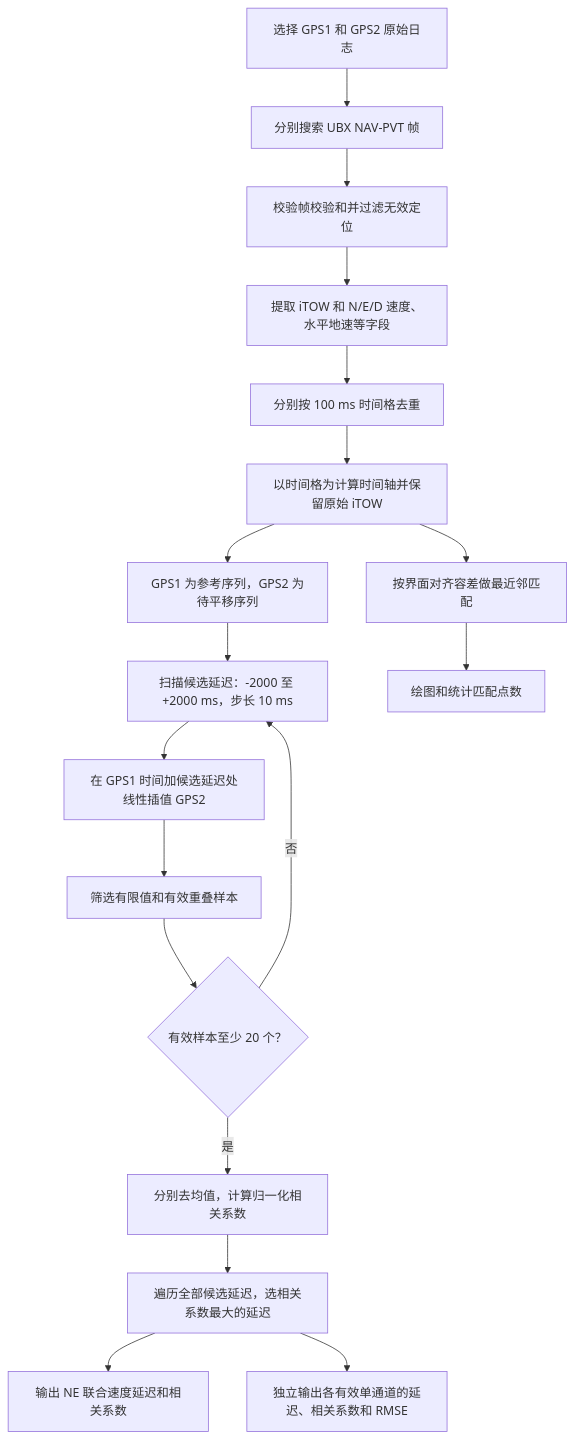
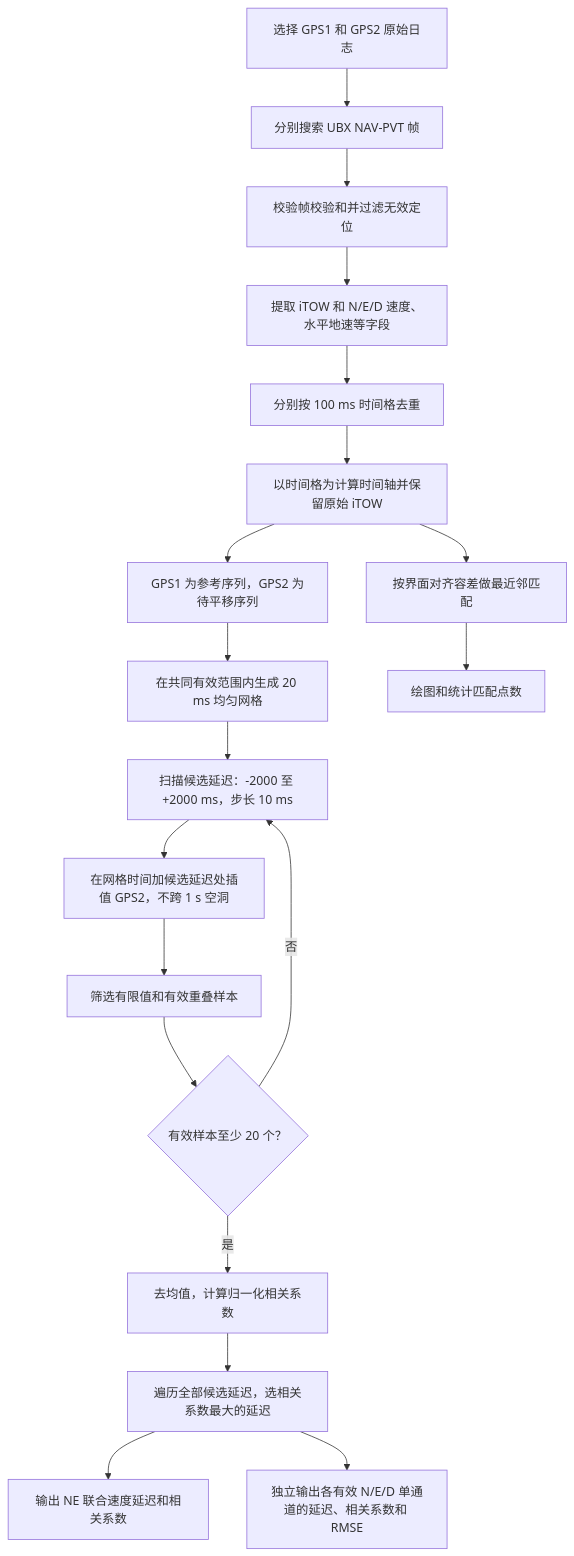
The diagram in ducument/03-两路GPS原始数据相对延迟计算.md (sensor-gps/01-zz-gps-compare), drawn with Mermaid before and after one commit. The commit also changed other lines of this file and 6 other files, not shown here.

````diff
--- a/ducument/03-两路GPS原始数据相对延迟计算.md
+++ b/ducument/03-两路GPS原始数据相对延迟计算.md
@@ -11,20 +11,21 @@
 ```mermaid
 flowchart TD
     A[选择 GPS1 和 GPS2 原始日志] --> B[分别搜索 UBX NAV-PVT 帧]
     B --> C[校验帧校验和并过滤无效定位]
     C --> D[提取 iTOW 和 N/E/D 速度、水平地速等字段]
     D --> E[分别按 100 ms 时间格去重]
     E --> F[以时间格为计算时间轴并保留原始 iTOW]
     F --> G[GPS1 为参考序列，GPS2 为待平移序列]
-    G --> H[扫描候选延迟：-2000 至 +2000 ms，步长 10 ms]
-    H --> I[在 GPS1 时间加候选延迟处线性插值 GPS2]
+    G --> G2[在共同有效范围内生成 20 ms 均匀网格]
+    G2 --> H[扫描候选延迟：-2000 至 +2000 ms，步长 10 ms]
+    H --> I[在网格时间加候选延迟处插值 GPS2，不跨 1 s 空洞]
     I --> J[筛选有限值和有效重叠样本]
     J --> K{有效样本至少 20 个？}
     K -->|否| H
-    K -->|是| L[分别去均值，计算归一化相关系数]
+    K -->|是| L[去均值，计算归一化相关系数]
     L --> M[遍历全部候选延迟，选相关系数最大的延迟]
     M --> N[输出 NE 联合速度延迟和相关系数]
-    M --> O[独立输出各有效单通道的延迟、相关系数和 RMSE]
+    M --> O[独立输出各有效 N/E/D 单通道的延迟、相关系数和 RMSE]
     F --> P[按界面对齐容差做最近邻匹配]
     P --> Q[绘图和统计匹配点数]
 ```
````
